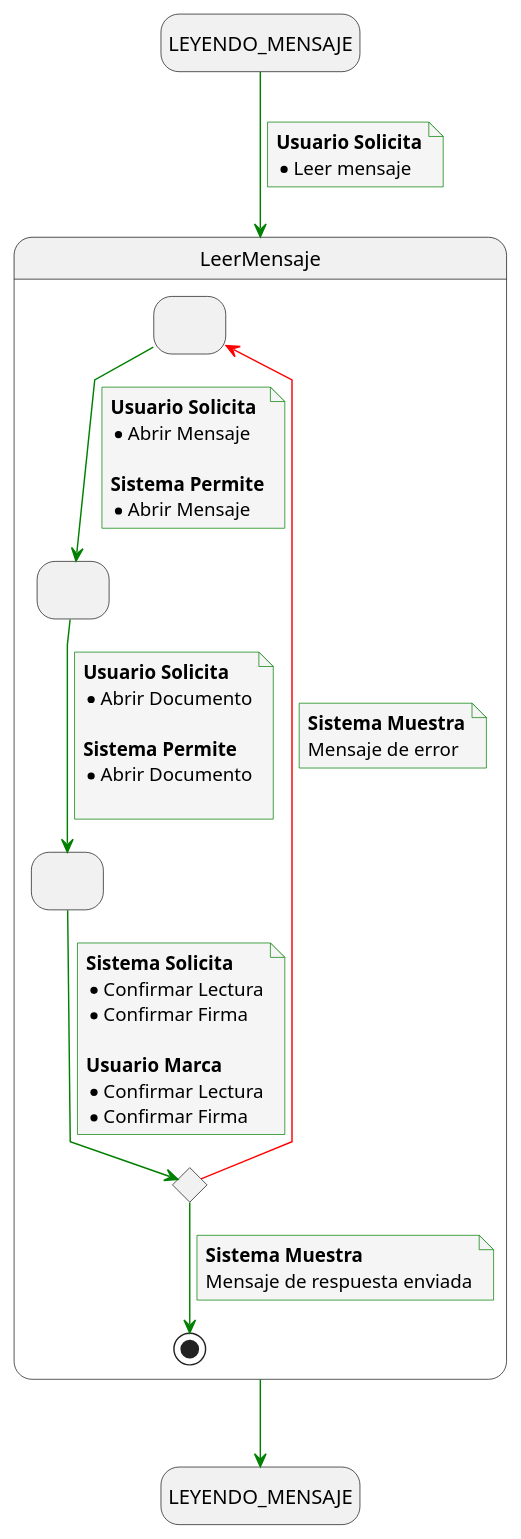
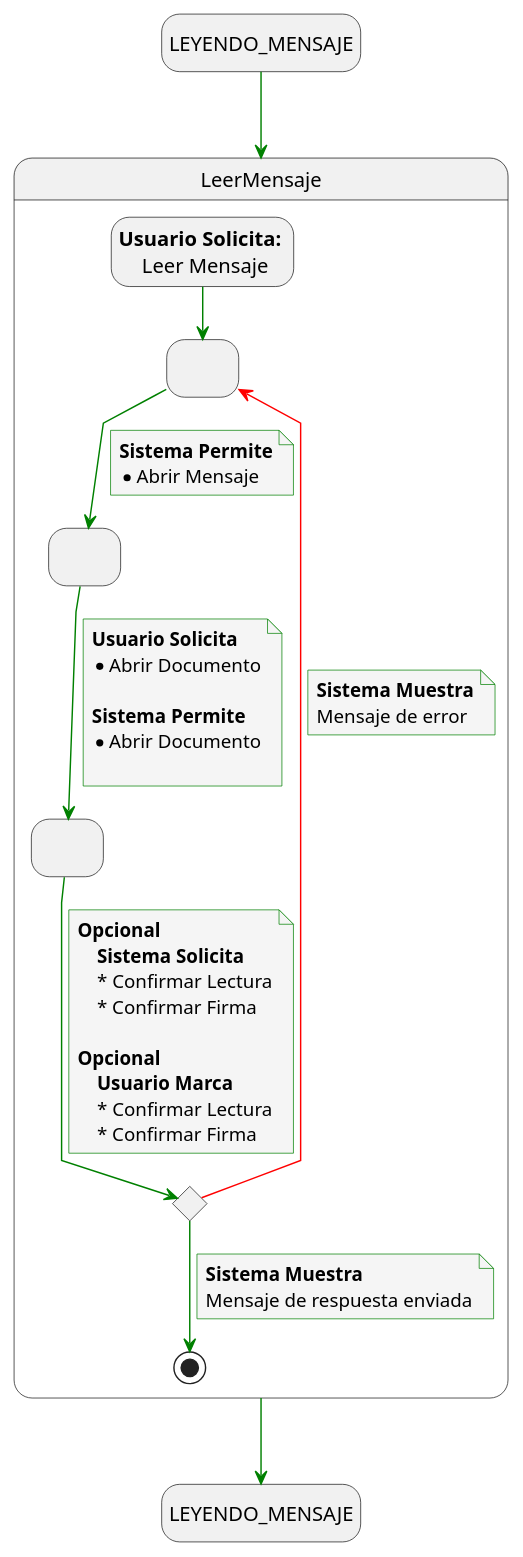
Before and after one commit to mmasias/24-25-IdSw1-SDR: the diagram in docs/casosDeUso/detalladoCasosDeUso/detalladoVisualizacionConfirmacion/detalladoVisualizacionConfirmacion.puml, drawn with PlantUML. The commit also changed 1 other file, not shown here.

Commit message:
Ajuste del detallado de visualizacion y confirmacion

```diff
--- a/docs/casosDeUso/detalladoCasosDeUso/detalladoVisualizacionConfirmacion/detalladoVisualizacionConfirmacion.puml
+++ b/docs/casosDeUso/detalladoCasosDeUso/detalladoVisualizacionConfirmacion/detalladoVisualizacionConfirmacion.puml
@@ -1,74 +1,70 @@
-@startuml detalladoVisualizacionConfirmacion
+@startuml leer_confirmar_documento
 
 skinparam {
   NoteBackgroundColor #whiteSmoke
   ArrowColor #green
   NoteBorderColor #green
   linetype polyline
 }
 
 hide empty description
 
 state startState as "LEYENDO_MENSAJE"
 state endState as "LEYENDO_MENSAJE"
 
+
 startState --> LeerMensaje
-note on link
-    <b>Usuario Solicita</b>
-    * Leer mensaje
-end note
-
 LeerMensaje --> endState
 
 state LeerMensaje {
     state solicitudAbrirMensaje as " "
     state solicitudAbrirDocumento as " "
     state solicitudConfirmacionLecturaFirma as " "
     state revisionConfirmacionLecturaFirma <<choice>>
+    state usuarioSolicita as "<b>Usuario Solicita:</b> \n Leer Mensaje"
     
-
+    usuarioSolicita --> solicitudAbrirMensaje
     solicitudAbrirMensaje --> solicitudAbrirDocumento
     note on link
-        <b>Usuario Solicita</b>
-        * Abrir Mensaje
-
         <b>Sistema Permite</b>
         * Abrir Mensaje
     end note
 
     solicitudAbrirDocumento --> solicitudConfirmacionLecturaFirma
     note on link
         <b>Usuario Solicita</b>
         * Abrir Documento
         
         <b>Sistema Permite</b>
         * Abrir Documento
   
     end note
     
     solicitudConfirmacionLecturaFirma --> revisionConfirmacionLecturaFirma
     note on link
-        <b>Sistema Solicita</b>
-        * Confirmar Lectura
-        * Confirmar Firma
-        
-        <b>Usuario Marca</b>
-        * Confirmar Lectura
-        * Confirmar Firma
+      <b>Opcional</b>
+          <b>Sistema Solicita</b>
+          * Confirmar Lectura
+          * Confirmar Firma
+          
+      <b>Opcional</b>    
+          <b>Usuario Marca</b>
+          * Confirmar Lectura
+          * Confirmar Firma
     end note
     
     revisionConfirmacionLecturaFirma -[#red]-> solicitudAbrirMensaje
     note on link
         <b>Sistema Muestra</b>
         Mensaje de error
     end note
     
    revisionConfirmacionLecturaFirma --> [*]
     note on link
         <b>Sistema Muestra</b>
         Mensaje de respuesta enviada
     end note
 
 }
 
 @enduml
```
